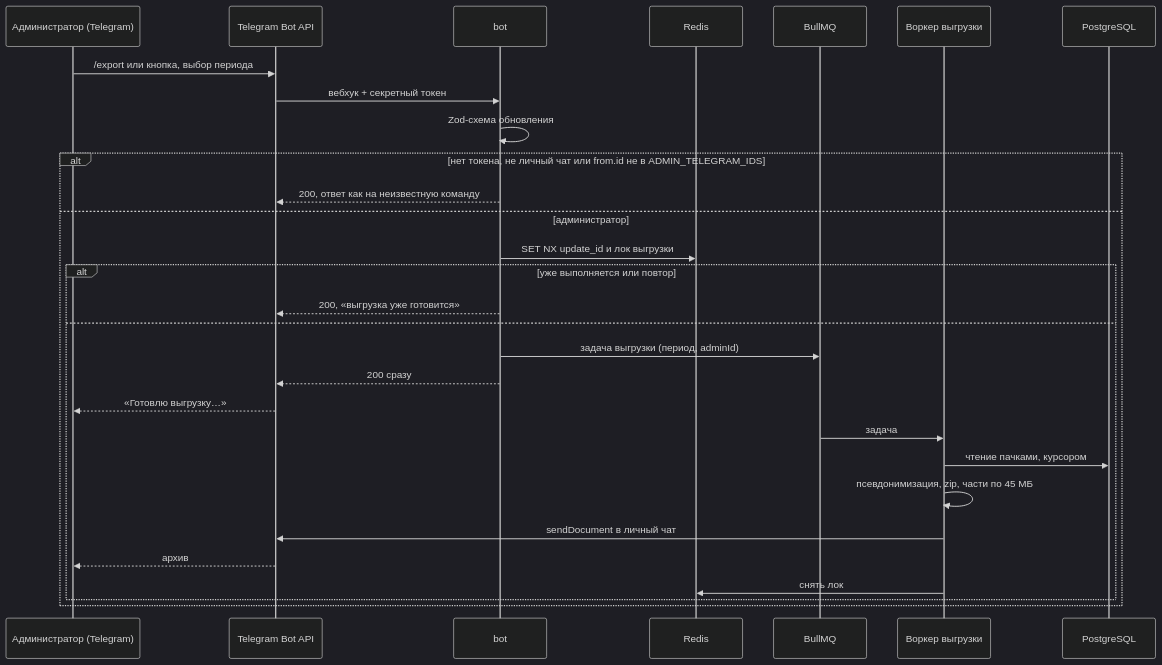
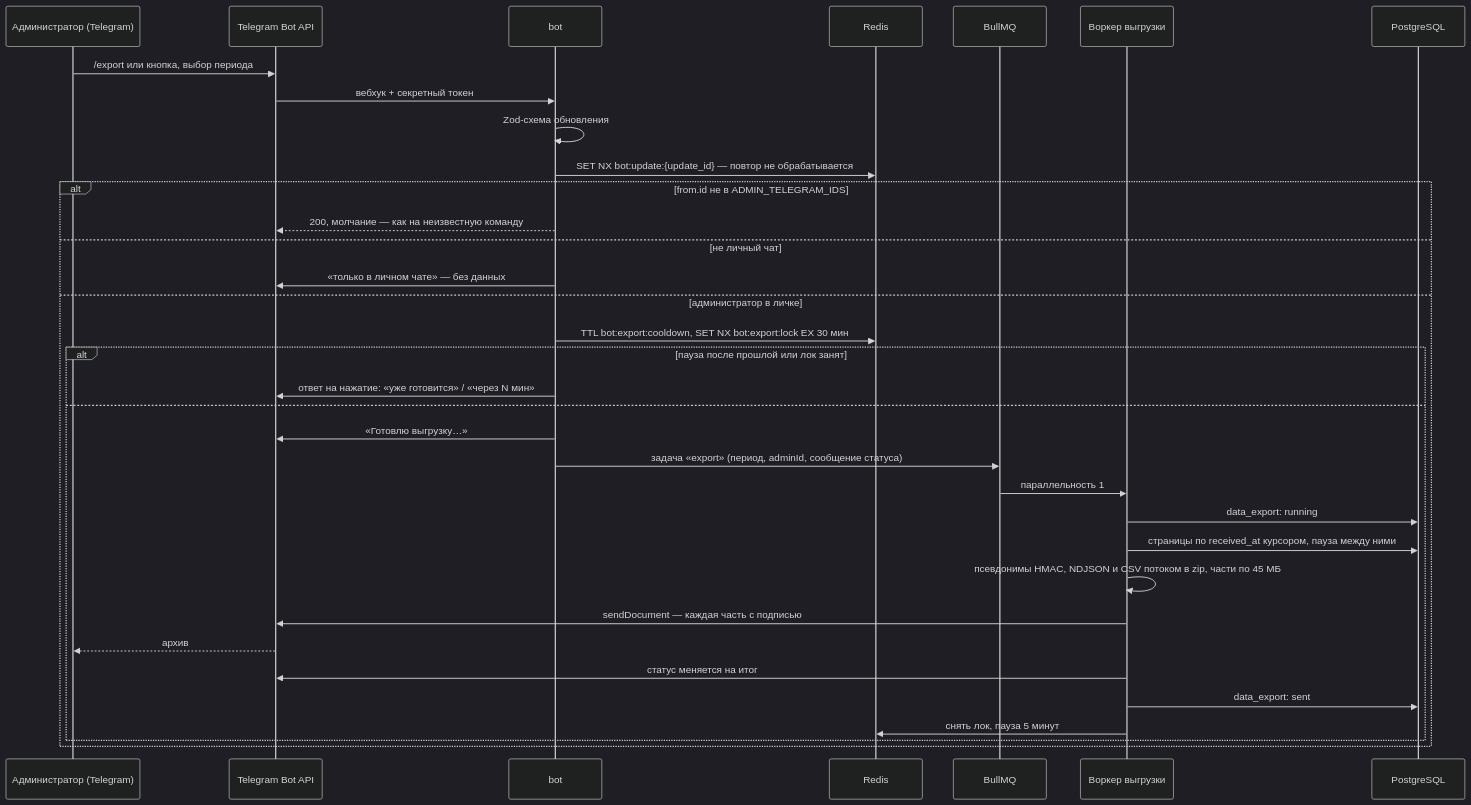
Before and after one commit to JJSGxKD/rubezh: diagram 16 of 22 in docs/21-diagrams.md, drawn with Mermaid (dark theme). The commit also changed other lines of this file and 8 other files, not shown here.

````diff
--- a/docs/21-diagrams.md
+++ b/docs/21-diagrams.md
@@ -871,32 +871,37 @@
 ```mermaid
 sequenceDiagram
     participant A as Администратор (Telegram)
     participant TG as Telegram Bot API
     participant B as bot
     participant R as Redis
     participant Q as BullMQ
     participant W as Воркер выгрузки
     participant DB as PostgreSQL
 
     A->>TG: /export или кнопка, выбор периода
     TG->>B: вебхук + секретный токен
     B->>B: Zod-схема обновления
-    alt нет токена, не личный чат или from.id не в ADMIN_TELEGRAM_IDS
-        B-->>TG: 200, ответ как на неизвестную команду
-    else администратор
-        B->>R: SET NX update_id и лок выгрузки
-        alt уже выполняется или повтор
-            B-->>TG: 200, «выгрузка уже готовится»
+    B->>R: SET NX bot:update:{update_id} — повтор не обрабатывается
+    alt from.id не в ADMIN_TELEGRAM_IDS
+        B-->>TG: 200, молчание — как на неизвестную команду
+    else не личный чат
+        B->>TG: «только в личном чате» — без данных
+    else администратор в личке
+        B->>R: TTL bot:export:cooldown, SET NX bot:export:lock EX 30 мин
+        alt пауза после прошлой или лок занят
+            B->>TG: ответ на нажатие: «уже готовится» / «через N мин»
         else
-            B->>Q: задача выгрузки (период, adminId)
-            B-->>TG: 200 сразу
-            TG-->>A: «Готовлю выгрузку…»
-            Q->>W: задача
-            W->>DB: чтение пачками, курсором
-            W->>W: псевдонимизация, zip, части по 45 МБ
-            W->>TG: sendDocument в личный чат
+            B->>TG: «Готовлю выгрузку…»
+            B->>Q: задача «export» (период, adminId, сообщение статуса)
+            Q->>W: параллельность 1
+            W->>DB: data_export: running
+            W->>DB: страницы по received_at курсором, пауза между ними
+            W->>W: псевдонимы HMAC, NDJSON и CSV потоком в zip, части по 45 МБ
+            W->>TG: sendDocument — каждая часть с подписью
             TG-->>A: архив
-            W->>R: снять лок
+            W->>TG: статус меняется на итог
+            W->>DB: data_export: sent
+            W->>R: снять лок, пауза 5 минут
         end
     end
 ```
````
